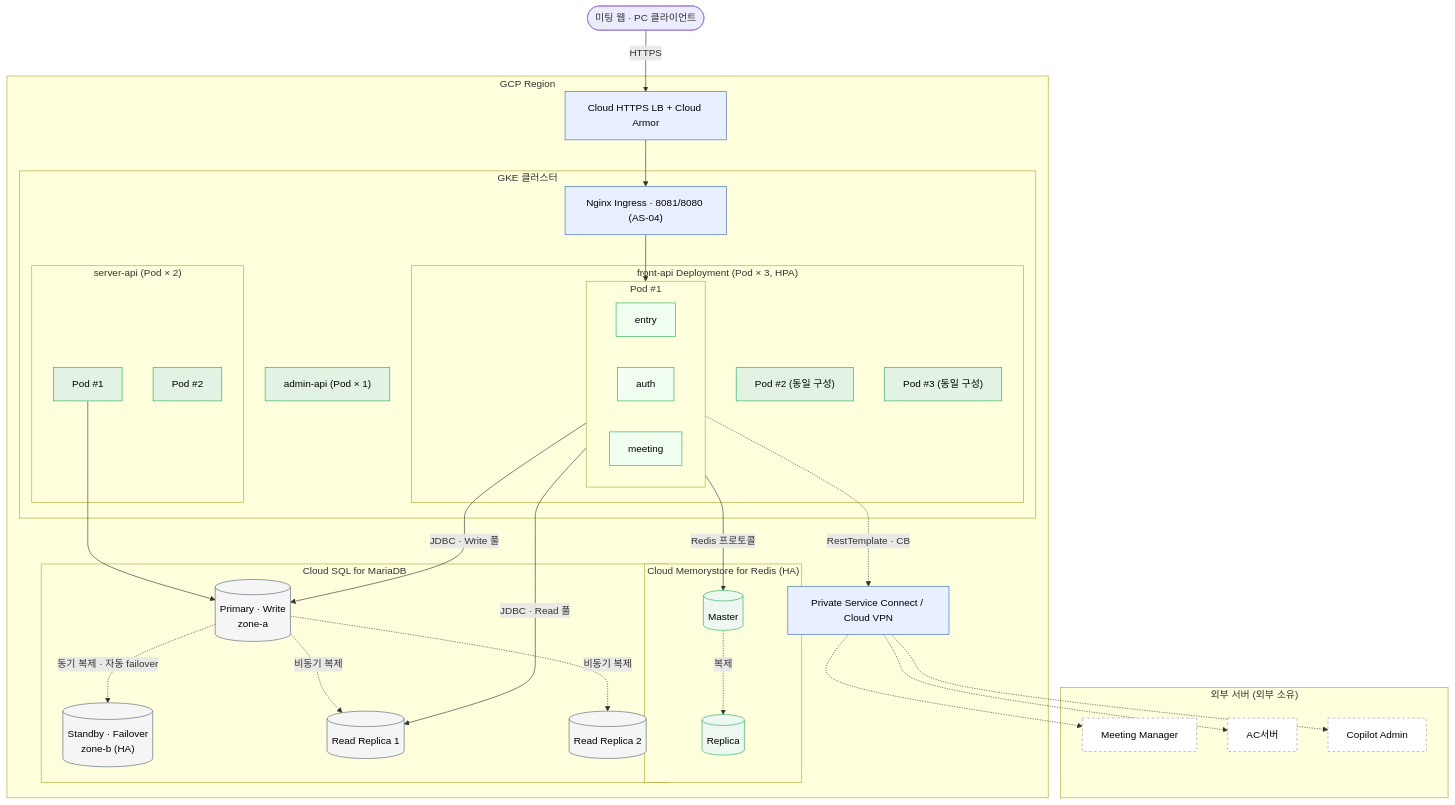
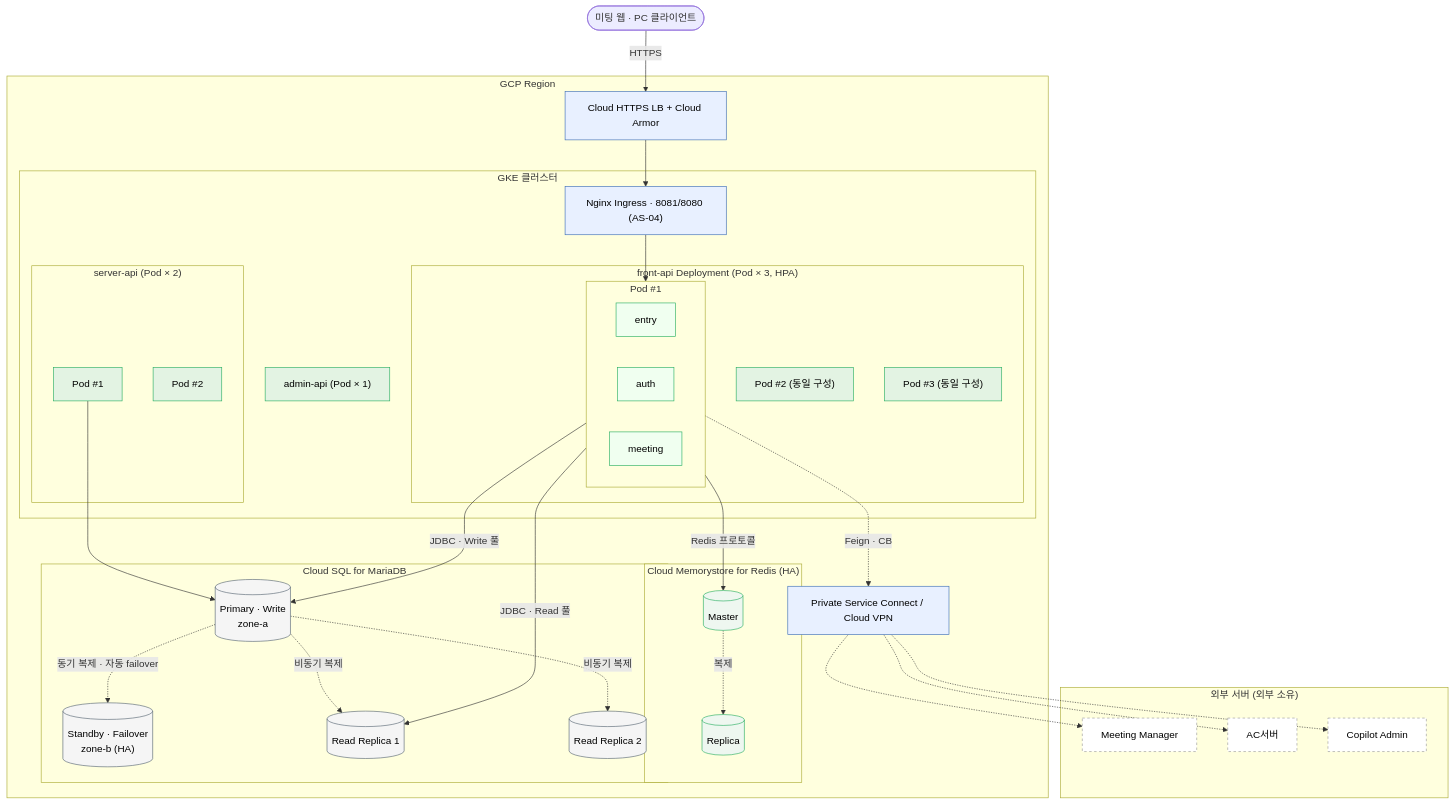
The diagram in docs/05-architecture-design/4.2-execution/4.2.3-deployment-view/overview.md (sujinnkim/A_Personal), drawn with Mermaid before and after one commit. The commit also changed 25 other files, not shown here.

First line of the commit message:
refactor: 외부 호출 RestTemplate → Feign 전면 정합 (A1, C-01 스택 유지)

````diff
--- a/docs/05-architecture-design/4.2-execution/4.2.3-deployment-view/overview.md
+++ b/docs/05-architecture-design/4.2-execution/4.2.3-deployment-view/overview.md
@@ -19,71 +19,71 @@
 ```mermaid
 flowchart TB
     WEB(["미팅 웹 · PC 클라이언트"])
 
     subgraph GCP["GCP Region"]
         LB["Cloud HTTPS LB + Cloud Armor"]
         PSC["Private Service Connect / Cloud VPN"]
 
         subgraph GKE["GKE 클러스터"]
             NGINX["Nginx Ingress · 8081/8080 (AS-04)"]
             subgraph FADEP["front-api Deployment (Pod × 3, HPA)"]
                 subgraph POD1["Pod #1"]
                     direction LR
                     DE["entry"]
                     DA["auth"]
                     DM["meeting"]
                 end
                 POD2["Pod #2 (동일 구성)"]
                 POD3["Pod #3 (동일 구성)"]
             end
             subgraph SAPI["server-api (Pod × 2)"]
                 SA1["Pod #1"]
                 SA2["Pod #2"]
             end
             AAPI["admin-api (Pod × 1)"]
         end
 
         subgraph REDISN["Cloud Memorystore for Redis (HA)"]
             RM[("Master")]
             RR[("Replica")]
             RM -.->|복제| RR
         end
         subgraph SQLN["Cloud SQL for MariaDB"]
             PRI[("Primary · Write<br/>zone-a")]
             STB[("Standby · Failover<br/>zone-b (HA)")]
             REP1[("Read Replica 1")]
             REP2[("Read Replica 2")]
             PRI -.->|"동기 복제 · 자동 failover"| STB
             PRI -.->|비동기 복제| REP1
             PRI -.->|비동기 복제| REP2
         end
     end
 
     subgraph EXTN["외부 서버 (외부 소유)"]
         MM["Meeting Manager"]
         ACS["AC서버"]
         CPS["Copilot Admin"]
     end
 
     WEB -->|HTTPS| LB --> NGINX
     NGINX --> POD1
     POD1 -->|"Redis 프로토콜"| RM
     POD1 -->|"JDBC · Write 풀"| PRI
     POD1 -->|"JDBC · Read 풀"| REP1
-    POD1 -.->|"RestTemplate · CB"| PSC
+    POD1 -.->|"Feign · CB"| PSC
     SA1 --> PRI
     PSC -.-> MM & ACS & CPS
 
     classDef edge fill:#e8f0ff,color:#000,stroke:#3b6cb5
     classDef app fill:#e3f3e3,color:#000,stroke:#27ae60
     classDef mod fill:#f0fff0,color:#000,stroke:#27ae60
     classDef cache fill:#eef7f0,color:#000,stroke:#27ae60
     classDef data fill:#f5f5f5,color:#000,stroke:#566573
     classDef ext fill:#ffffff,color:#000,stroke:#999,stroke-dasharray:4 4
     class LB,NGINX,PSC edge
     class POD2,POD3,SA1,SA2,AAPI app
     class DE,DA,DM mod
     class RM,RR cache
     class PRI,STB,REP1,REP2 data
     class MM,ACS,CPS ext
 ```
````
